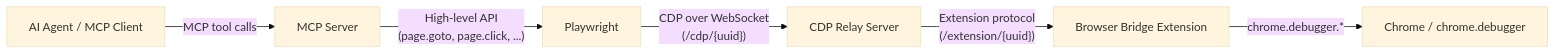
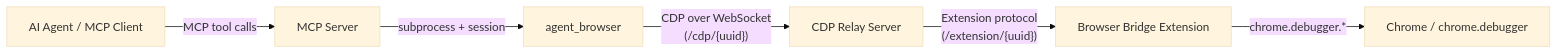
The first of 2 diagrams in packages/@n8n/mcp-browser/spec/technical-spec.md (mayankjain1815-commits/n8n), drawn with Mermaid (base theme) before and after one commit. The commit also changed other lines of this file and 22 other files, not shown here.

Commit message:
test(mcp-browser): agent-browser adapter and CDP relay tab-list fixes

````diff
--- a/packages/@n8n/mcp-browser/spec/technical-spec.md
+++ b/packages/@n8n/mcp-browser/spec/technical-spec.md
@@ -33,15 +33,15 @@
 ```mermaid
 graph LR
     AI[AI Agent / MCP Client]
     MCP[MCP Server]
-    PW[Playwright]
+    AB[agent_browser]
     RELAY[CDP Relay Server]
     EXT[Browser Bridge Extension]
     CHROME[Chrome / chrome.debugger]
 
     AI -- "MCP tool calls" --> MCP
-    MCP -- "High-level API\n(page.goto, page.click, ...)" --> PW
-    PW -- "CDP over WebSocket\n(/cdp/{uuid})" --> RELAY
+    MCP -- "subprocess + session" --> AB
+    AB -- "CDP over WebSocket\n(/cdp/{uuid})" --> RELAY
     RELAY -- "Extension protocol\n(/extension/{uuid})" --> EXT
     EXT -- "chrome.debugger.*" --> CHROME
 ```
````
